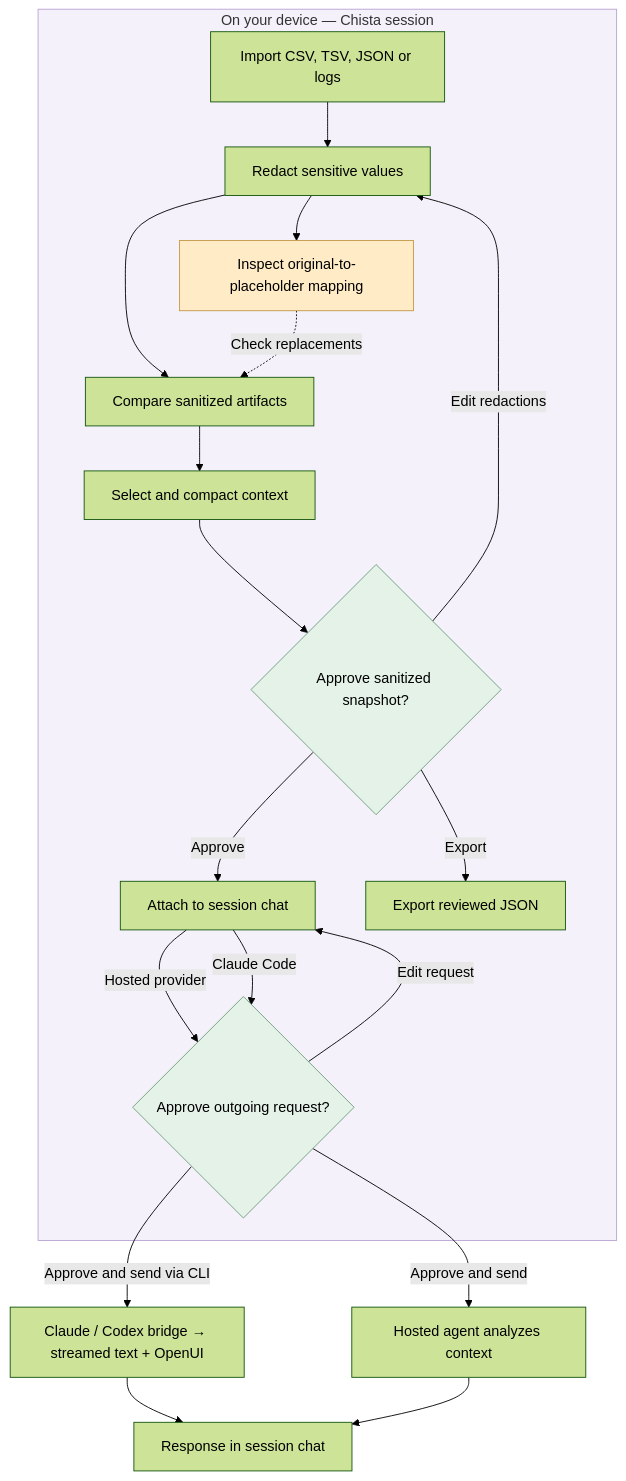
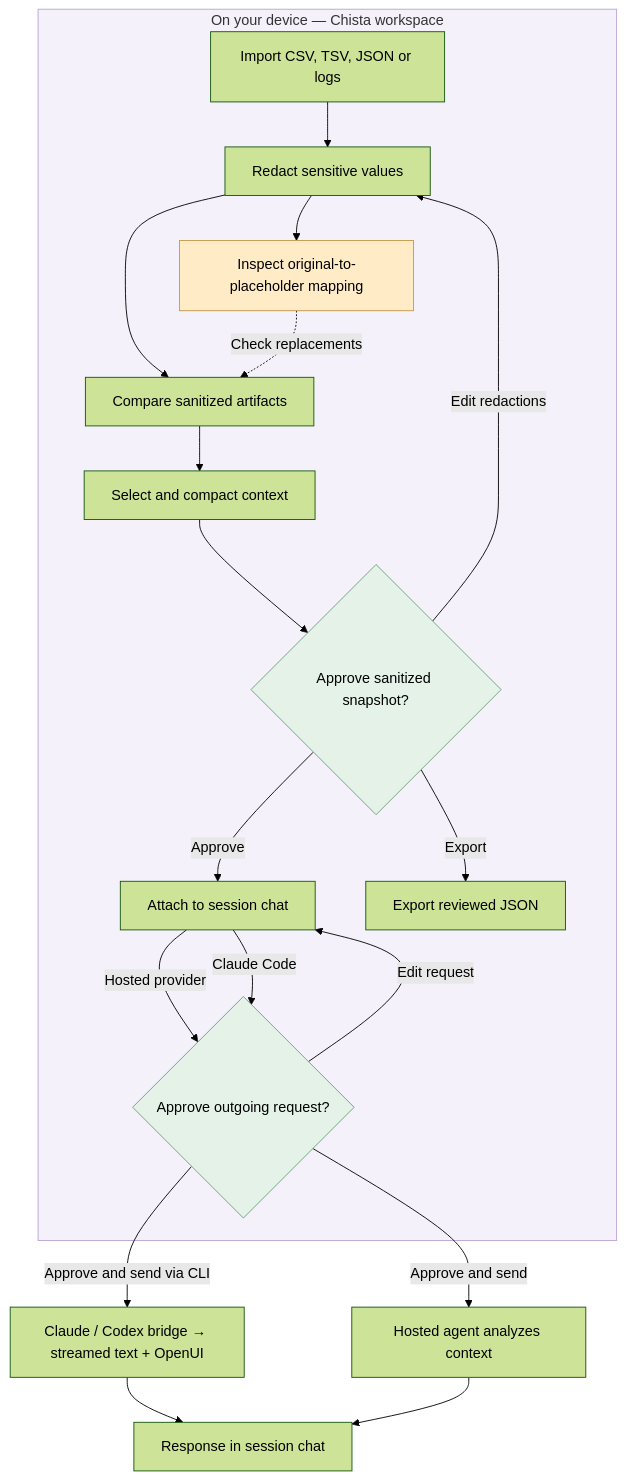
The diagram in README.md (hadiranjbar25/chista), drawn with Mermaid (forest theme) before and after one commit. The commit also changed other lines of this file and 7 other files, not shown here.

````diff
--- a/README.md
+++ b/README.md
@@ -15,37 +15,37 @@
 ```mermaid
 flowchart TD
-    subgraph device ["On your device — Chista session"]
+    subgraph device ["On your device — Chista workspace"]
         raw["Import CSV, TSV, JSON or logs"]
         redact["Redact sensitive values"]
         mapping["Inspect original-to-placeholder mapping"]
         evidence["Compare sanitized artifacts"]
         compact["Select and compact context"]
         review{"Approve sanitized snapshot?"}
         attach["Attach to session chat"]
         outgoing{"Approve outgoing request?"}
         exportFile["Export reviewed JSON"]
 
         raw --> redact
         redact --> mapping
         redact --> evidence
         mapping -.->|"Check replacements"| evidence
         evidence --> compact
         compact --> review
         review -->|"Edit redactions"| redact
         review -->|"Approve"| attach
         review -->|"Export"| exportFile
         attach -->|"Hosted provider"| outgoing
         outgoing -->|"Edit request"| attach
         attach -->|"Claude Code"| outgoing
     end
 
     outgoing -->|"Approve and send"| hosted["Hosted agent analyzes context"]
     outgoing -->|"Approve and send via CLI"| claude["Claude / Codex bridge → streamed text + OpenUI"]
     claude --> reply
     hosted --> reply["Response in session chat"]
 
     style device fill:#F4F1FA,stroke:#B8A4D4
     style mapping fill:#FFECC7,stroke:#C59A46
     style review fill:#E4F2E8,stroke:#6D9D7B
     style outgoing fill:#E4F2E8,stroke:#6D9D7B
 ```
````
